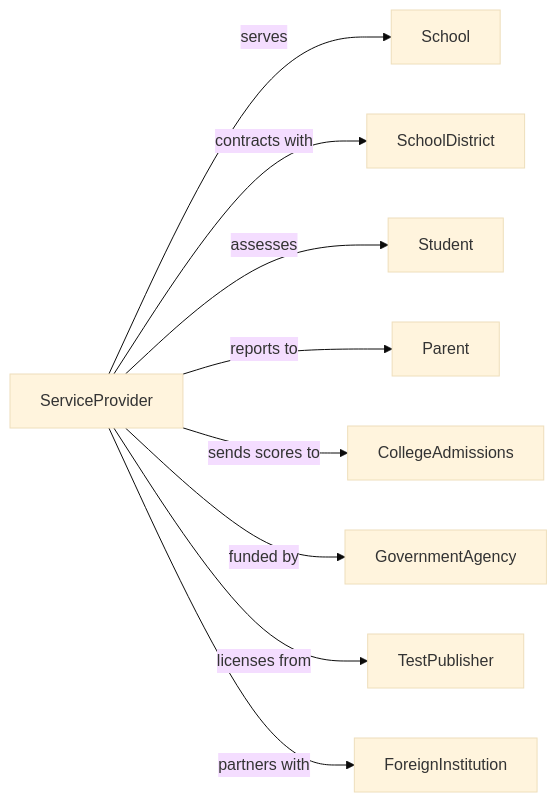
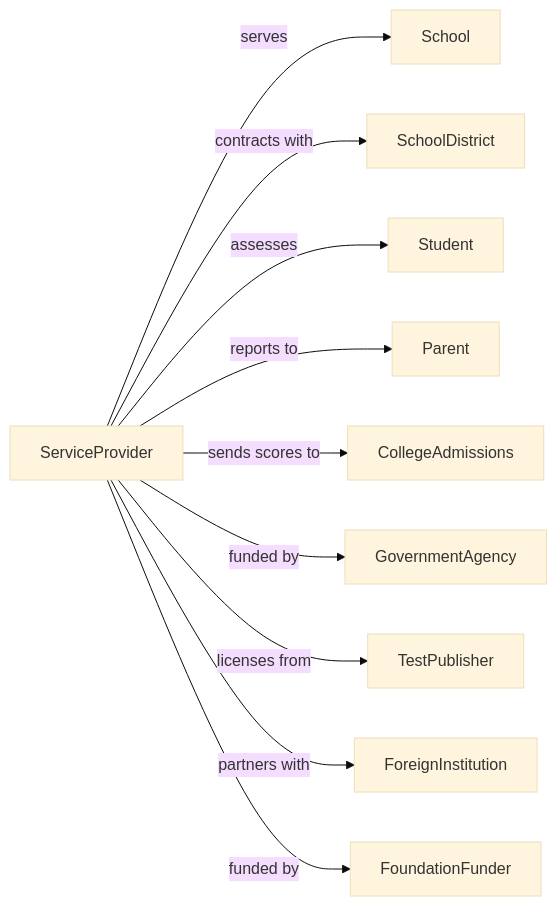
Before and after one commit to dot-org-ai/industries.org.ai: the second of 2 diagrams in Education/Education/EducationalSupportServices/EducationalSupportServices.mdx, drawn with Mermaid (base theme). The commit also changed 588 other files, not shown here.

````diff
--- a/Education/Education/EducationalSupportServices/EducationalSupportServices.mdx
+++ b/Education/Education/EducationalSupportServices/EducationalSupportServices.mdx
@@ -141,13 +141,14 @@
 ```mermaid
 graph LR
     S[ServiceProvider]
 
     S -->|serves| School
     S -->|contracts with| SchoolDistrict
     S -->|assesses| Student
     S -->|reports to| Parent
     S -->|sends scores to| CollegeAdmissions
     S -->|funded by| GovernmentAgency
     S -->|licenses from| TestPublisher
     S -->|partners with| ForeignInstitution
+    S -->|funded by| FoundationFunder
 ```
````
